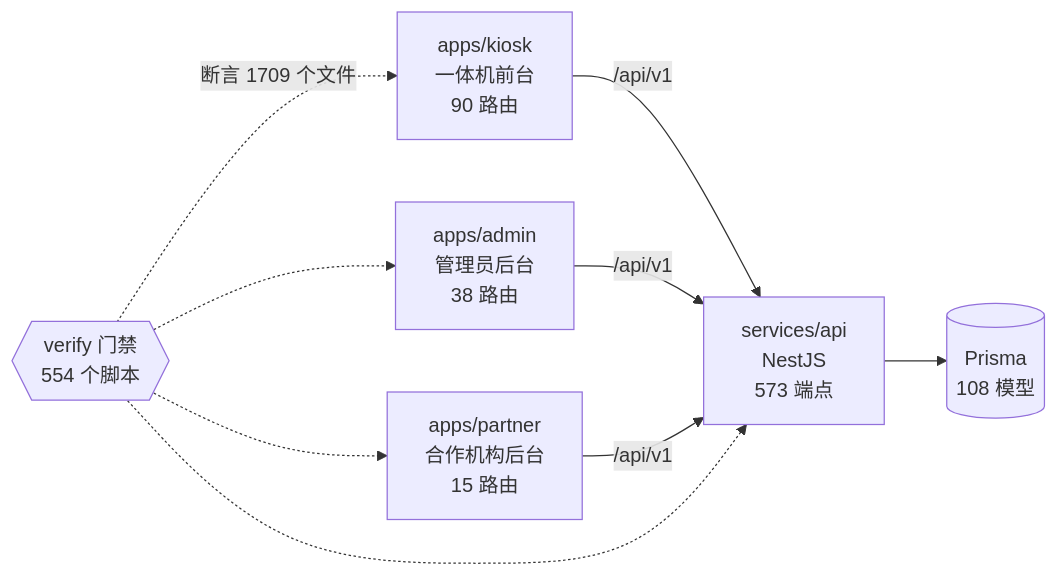
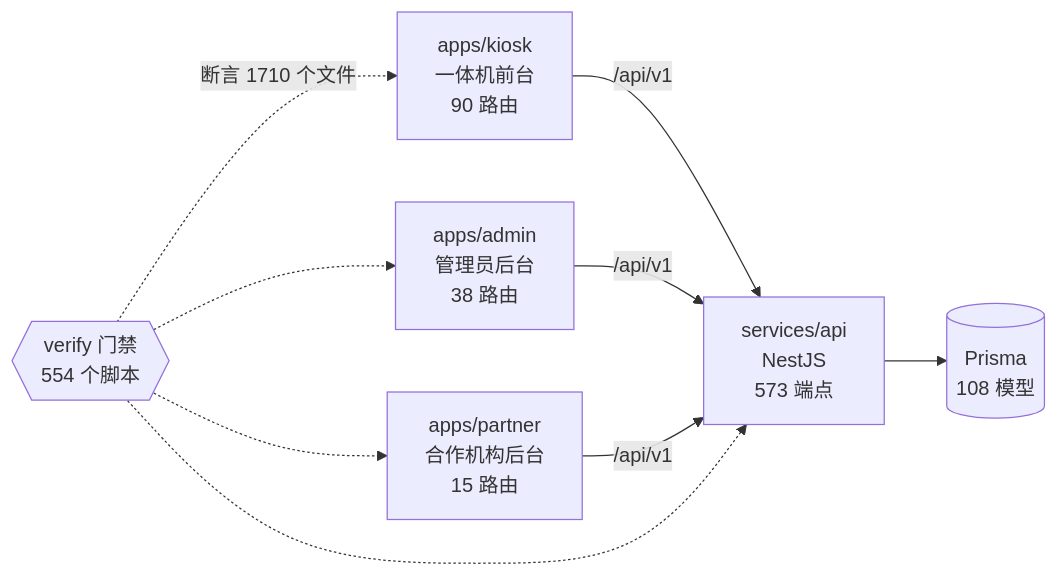
One commit to wanglei581/YITIJI changed the diagram in docs/graph/README.md. Above: the diagram before and after it, drawn with Mermaid. The commit also changed other lines of this file and 7 other files, not shown here.

````diff
--- a/docs/graph/README.md
+++ b/docs/graph/README.md
@@ -68,18 +68,18 @@
 ```mermaid
 flowchart LR
   kiosk["apps/kiosk<br/>一体机前台<br/>90 路由"]
   admin["apps/admin<br/>管理员后台<br/>38 路由"]
   partner["apps/partner<br/>合作机构后台<br/>15 路由"]
   api["services/api<br/>NestJS<br/>573 端点"]
   db[("Prisma<br/>108 模型")]
   gates{{"verify 门禁<br/>554 个脚本"}}
 
   kiosk -->|"/api/v1"| api
   admin -->|"/api/v1"| api
   partner -->|"/api/v1"| api
   api --> db
-  gates -.->|"断言 1709 个文件"| kiosk
+  gates -.->|"断言 1710 个文件"| kiosk
   gates -.-> admin
   gates -.-> partner
   gates -.-> api
 ```
````
